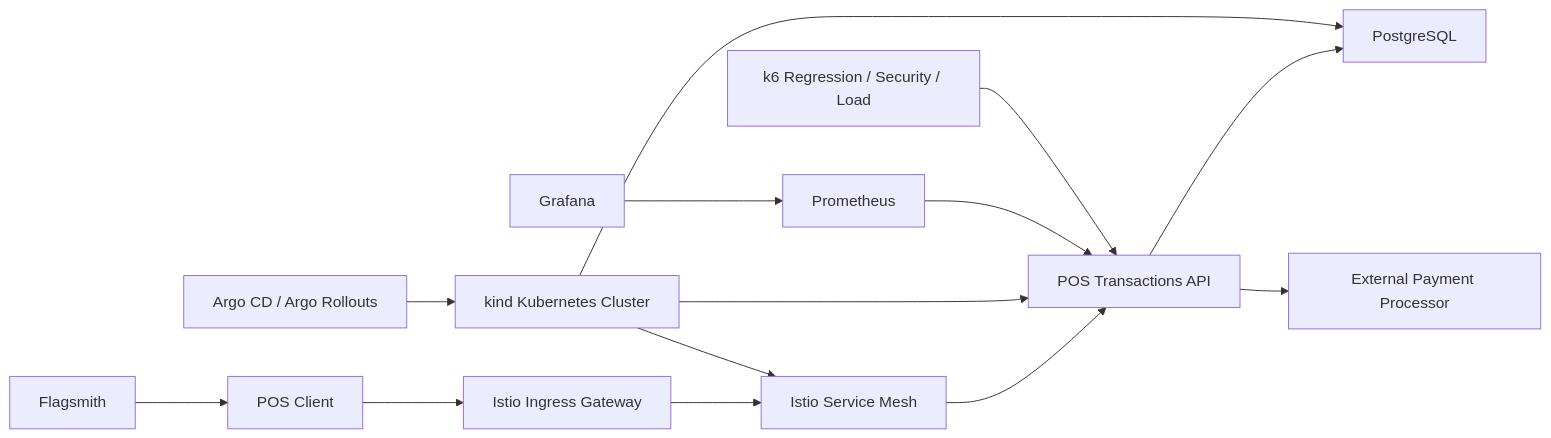
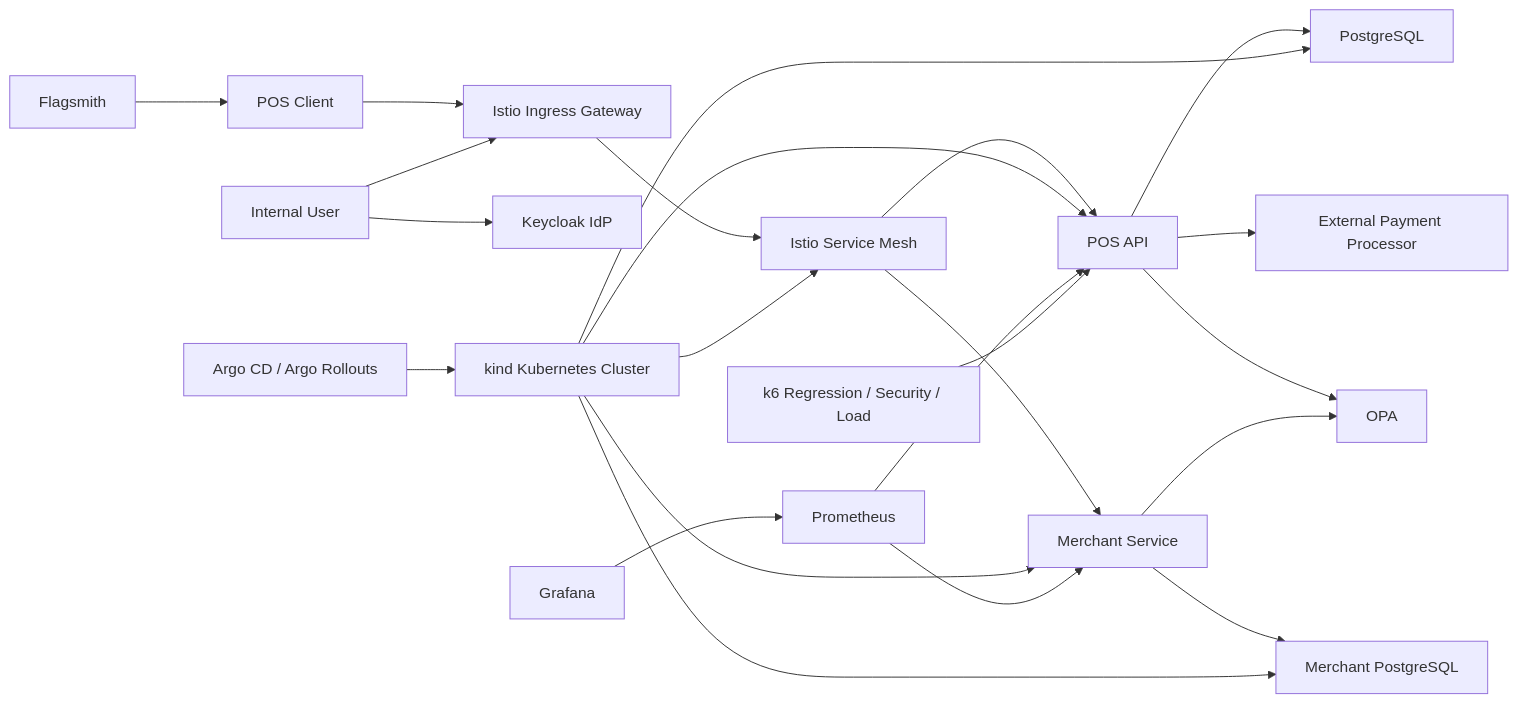
One commit to dennisrojaspereira/poc-pos changed the diagram in docs/001-sdd-pos-transactions.md. Above: the diagram before and after it, drawn with Mermaid. The commit also changed other lines of this file and 47 other files, not shown here.

First line of the commit message:
feat: add merchant service with CRUD operations and OPA authorization

````diff
--- a/docs/001-sdd-pos-transactions.md
+++ b/docs/001-sdd-pos-transactions.md
@@ -69,16 +115,25 @@
 ```mermaid
 flowchart LR
     Client["POS Client"] --> Ingress["Istio Ingress Gateway"]
+    User["Internal User"] --> IdP["Keycloak IdP"]
+    User --> Ingress
     Ingress --> Mesh["Istio Service Mesh"]
-    Mesh --> Api["POS Transactions API"]
+    Mesh --> Api["POS API"]
+    Mesh --> Merchant["Merchant Service"]
     Api --> Pg["PostgreSQL"]
+    Merchant --> MerchantPg["Merchant PostgreSQL"]
     Api --> Processor["External Payment Processor"]
+    Api --> Opa["OPA"]
+    Merchant --> Opa
     Argo["Argo CD / Argo Rollouts"] --> Cluster["kind Kubernetes Cluster"]
     Cluster --> Mesh
     Cluster --> Api
+    Cluster --> Merchant
     Cluster --> Pg
+    Cluster --> MerchantPg
     Prometheus["Prometheus"] --> Api
+    Prometheus --> Merchant
     Grafana["Grafana"] --> Prometheus
     Flagsmith["Flagsmith"] --> Client
     Tester["k6 Regression / Security / Load"] --> Api
 ```
````
